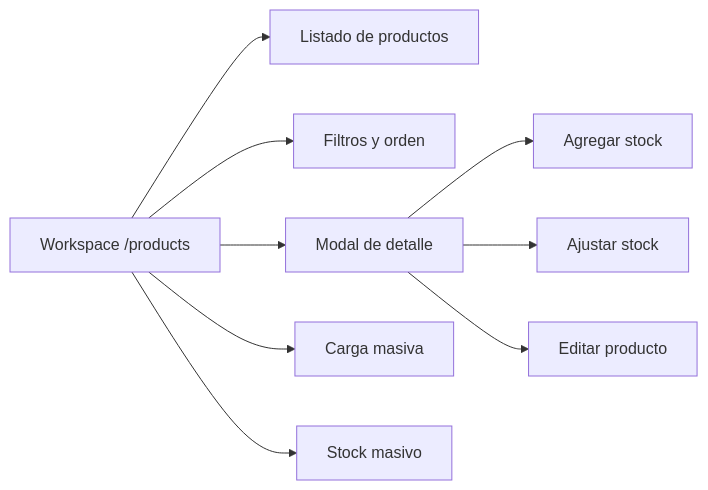
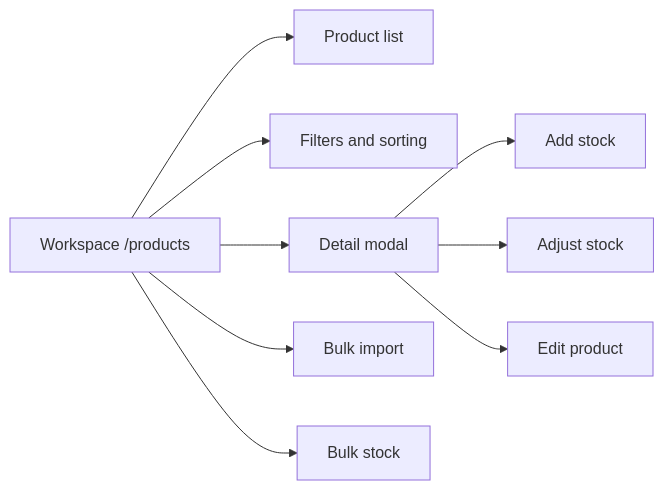
One commit to Machi3mfl/simple-pos changed the first of 2 diagrams in workflow-manager/docs/features/PRODUCTS-001-unified-products-inventory-mock-draft.md. Above: the diagram before and after it, drawn with Mermaid. The commit also changed other lines of this file and 3 other files, not shown here.

````diff
--- a/workflow-manager/docs/features/PRODUCTS-001-unified-products-inventory-mock-draft.md
+++ b/workflow-manager/docs/features/PRODUCTS-001-unified-products-inventory-mock-draft.md
@@ -46,11 +46,11 @@
 ```mermaid
 flowchart LR
-    A[Workspace /products] --> B[Listado de productos]
-    A --> C[Filtros y orden]
-    A --> D[Modal de detalle]
-    D --> E[Agregar stock]
-    D --> F[Ajustar stock]
-    D --> G[Editar producto]
-    A --> H[Carga masiva]
-    A --> I[Stock masivo]
+    A[Workspace /products] --> B[Product list]
+    A --> C[Filters and sorting]
+    A --> D[Detail modal]
+    D --> E[Add stock]
+    D --> F[Adjust stock]
+    D --> G[Edit product]
+    A --> H[Bulk import]
+    A --> I[Bulk stock]
 ```
````
